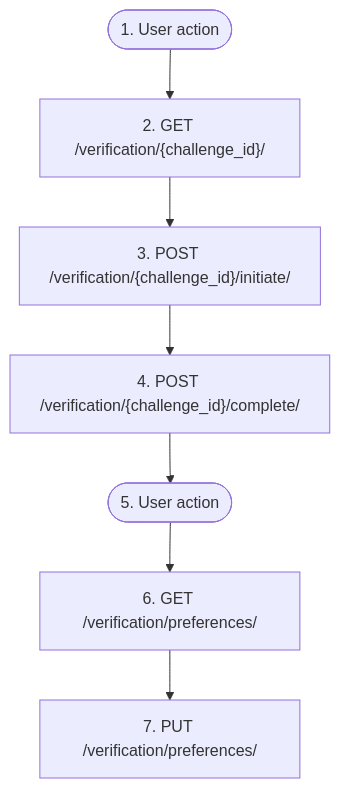
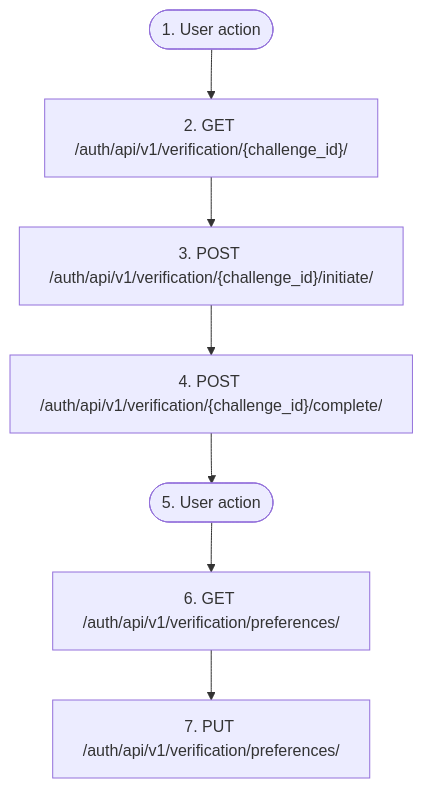
Before and after one commit to usestapel/stapel-auth: the diagram in docs/flows/en/auth.step_up_verification.md, drawn with Mermaid. The commit also changed other lines of this file and 25 other files, not shown here.

````diff
--- a/docs/flows/en/auth.step_up_verification.md
+++ b/docs/flows/en/auth.step_up_verification.md
@@ -11,16 +11,16 @@
 ```mermaid
 flowchart TD
     s1(["1. User action"])
-    s2["2. GET /verification/{challenge_id}/"]
-    s3["3. POST /verification/{challenge_id}/initiate/"]
-    s4["4. POST /verification/{challenge_id}/complete/"]
+    s2["2. GET /auth/api/v1/verification/{challenge_id}/"]
+    s3["3. POST /auth/api/v1/verification/{challenge_id}/initiate/"]
+    s4["4. POST /auth/api/v1/verification/{challenge_id}/complete/"]
     s5(["5. User action"])
-    s6["6. GET /verification/preferences/"]
-    s7["7. PUT /verification/preferences/"]
+    s6["6. GET /auth/api/v1/verification/preferences/"]
+    s7["7. PUT /auth/api/v1/verification/preferences/"]
     s1 --> s2
     s2 --> s3
     s3 --> s4
     s4 --> s5
     s5 --> s6
     s6 --> s7
 ```
````
